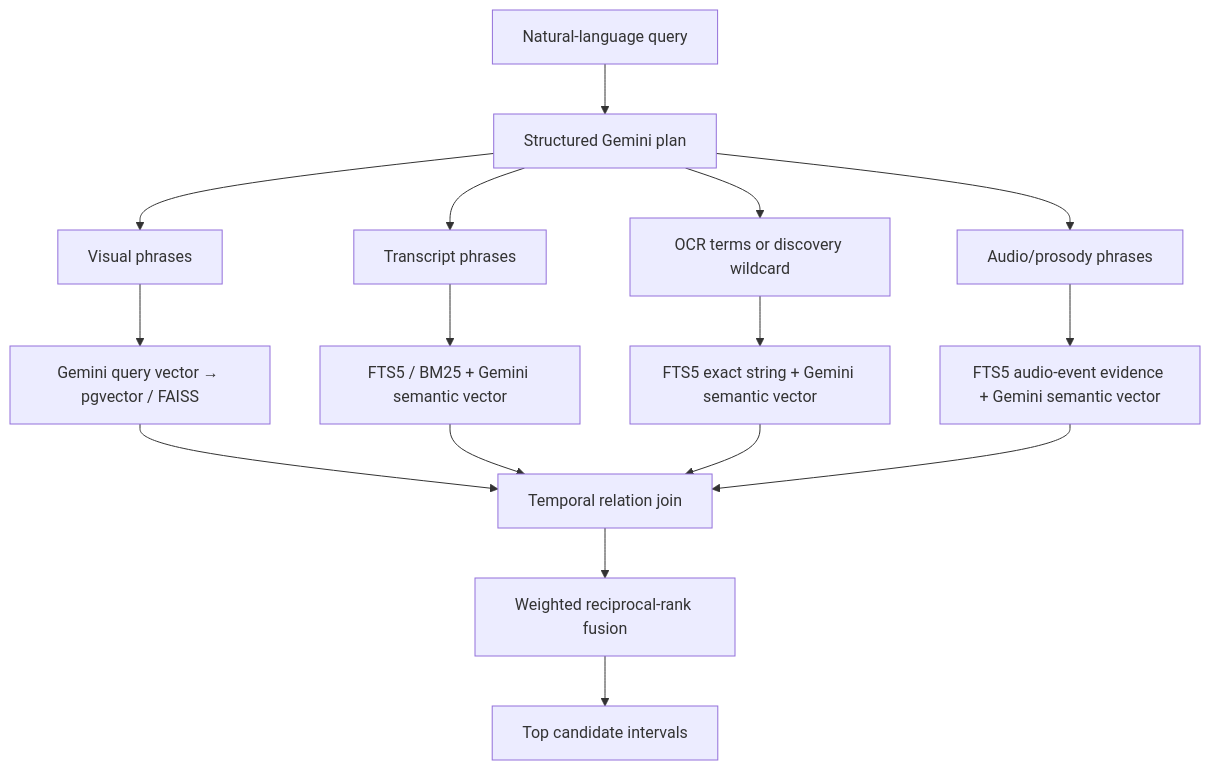
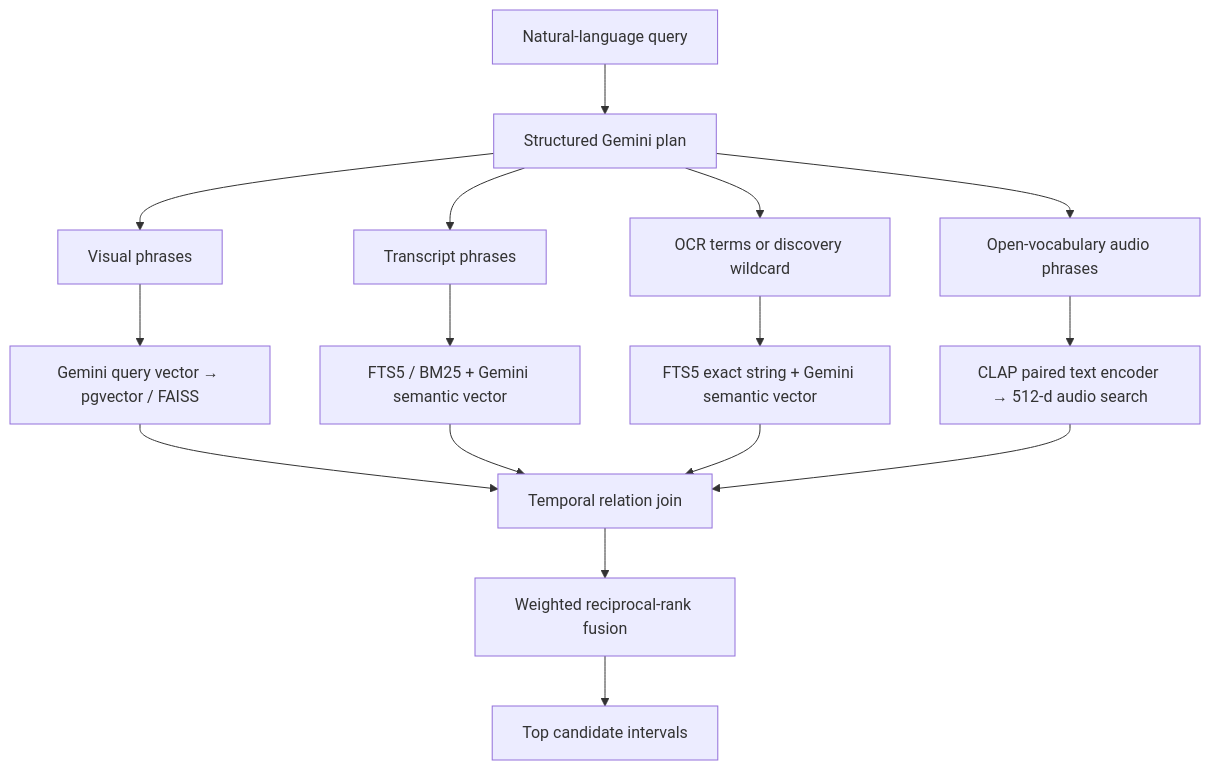
Before and after one commit to giaphoang/PatrolLens: the fourth of 9 diagrams in SYSTEM_DESIGN.md, drawn with Mermaid. The commit also changed other lines of this file and 19 other files, not shown here.

First line of the commit message:
feat(audio): add larger CLAP embeddings with CoreML and ONNX for M3-accelerated audio indexing

````diff
--- a/SYSTEM_DESIGN.md
+++ b/SYSTEM_DESIGN.md
@@ -143,20 +156,20 @@
 ```mermaid
 flowchart TD
     Q["Natural-language query"] --> PLAN["Structured Gemini plan"]
     PLAN --> VQ["Visual phrases"]
     PLAN --> TQ["Transcript phrases"]
     PLAN --> OQ["OCR terms or discovery wildcard"]
-    PLAN --> AQ["Audio/prosody phrases"]
+    PLAN --> AQ["Open-vocabulary audio phrases"]
 
     VQ --> VR["Gemini query vector → pgvector / FAISS"]
     TQ --> TR["FTS5 / BM25 + Gemini semantic vector"]
     OQ --> OR["FTS5 exact string + Gemini semantic vector"]
-    AQ --> AR["FTS5 audio-event evidence + Gemini semantic vector"]
+    AQ --> AR["CLAP paired text encoder → 512-d audio search"]
 
     VR --> JOIN["Temporal relation join"]
     TR --> JOIN
     OR --> JOIN
     AR --> JOIN
     JOIN --> RRF["Weighted reciprocal-rank fusion"]
     RRF --> C["Top candidate intervals"]
 ```
````
